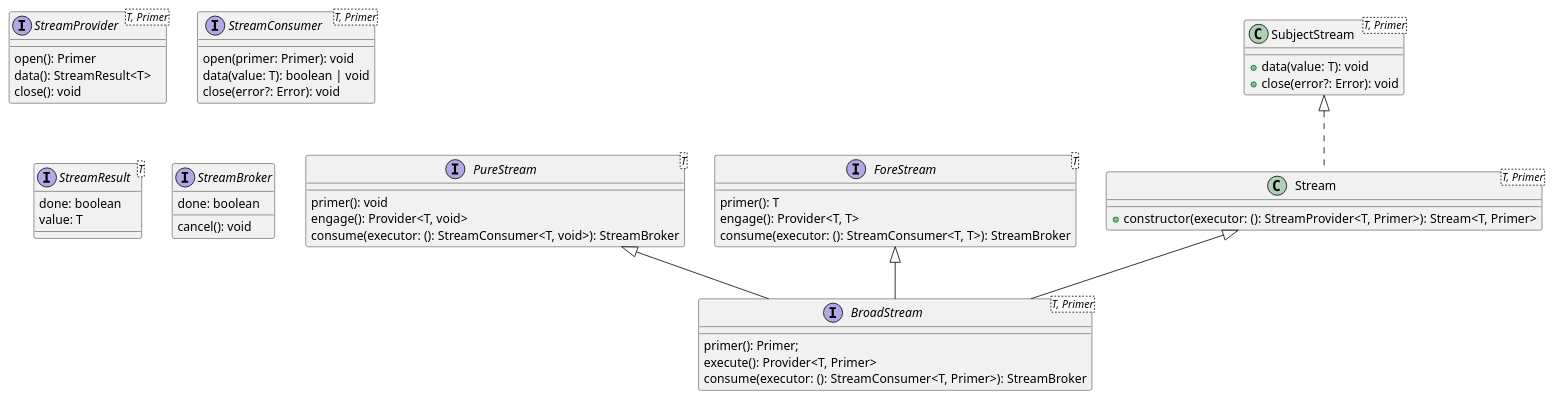
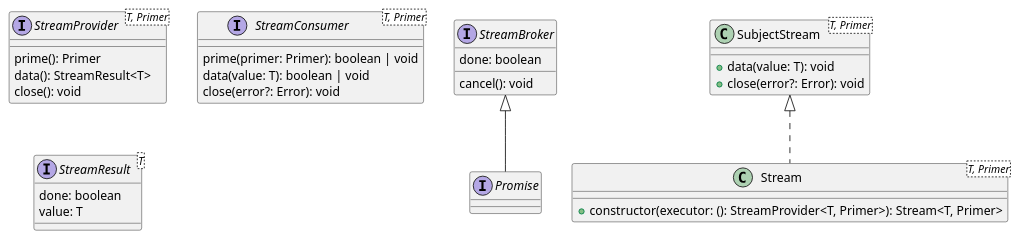
The diagram in assets/Definitions.puml (rafamel/rxjs-utils), drawn with PlantUML before and after one commit. The commit also changed 7 other files, not shown here.

Commit message:
improvement: redesigns pull streams flow

```diff
--- a/assets/Definitions.puml
+++ b/assets/Definitions.puml
@@ -1,56 +1,40 @@
 @startuml Classes
 
 interface StreamProvider<T, Primer> {
-  open(): Primer
+  prime(): Primer
   data(): StreamResult<T>
   close(): void
 }
 
 interface StreamConsumer<T, Primer> {
-  open(primer: Primer): void
+  prime(primer: Primer): boolean | void
   data(value: T): boolean | void
   close(error?: Error): void
 }
 
 interface StreamResult<T> {
   done: boolean
   value: T
 }
 
+interface Promise {
+  
+}
+
+StreamBroker <|-- Promise
 interface StreamBroker {
   done: boolean
   cancel(): void
 }
 
-interface BroadStream<T, Primer> {
-  primer(): Primer;
-  execute(): Provider<T, Primer>
-  consume(executor: (): StreamConsumer<T, Primer>): StreamBroker
-}
-
-PureStream <|-- BroadStream
-interface PureStream<T> {
-  primer(): void
-  engage(): Provider<T, void>
-  consume(executor: (): StreamConsumer<T, void>): StreamBroker
-}
-
-ForeStream <|-- BroadStream
-interface ForeStream<T> {
-  primer(): T
-  engage(): Provider<T, T>
-  consume(executor: (): StreamConsumer<T, T>): StreamBroker
-}
-
-Stream <|-- BroadStream
 class Stream<T, Primer> {
   +constructor(executor: (): StreamProvider<T, Primer>): Stream<T, Primer>
 }
 
 SubjectStream <|.. Stream
 class SubjectStream<T, Primer> {
   +data(value: T): void
   +close(error?: Error): void
 }
 
 @enduml
```
